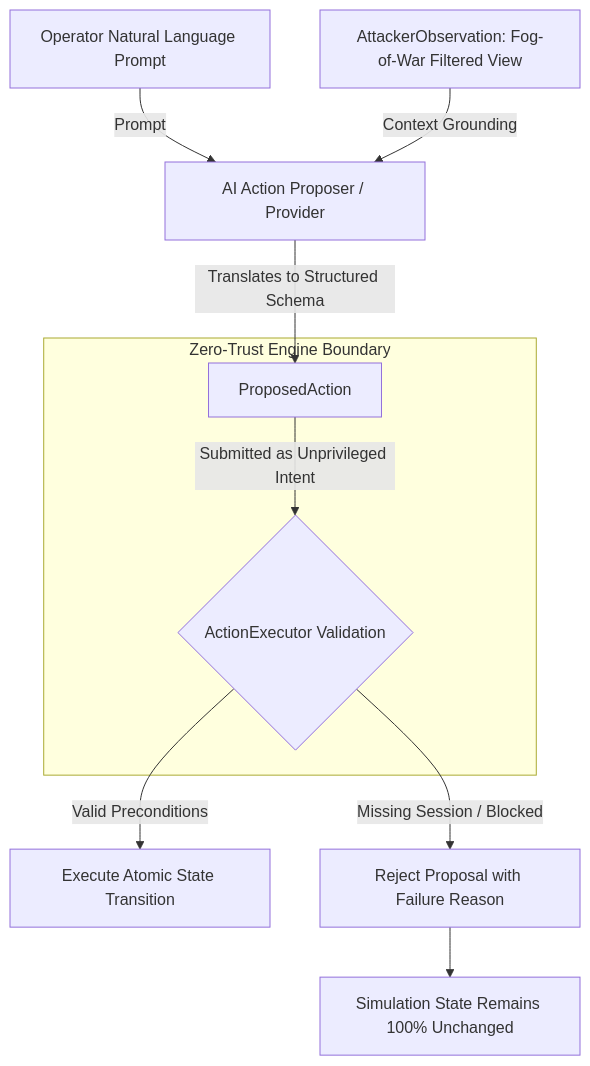
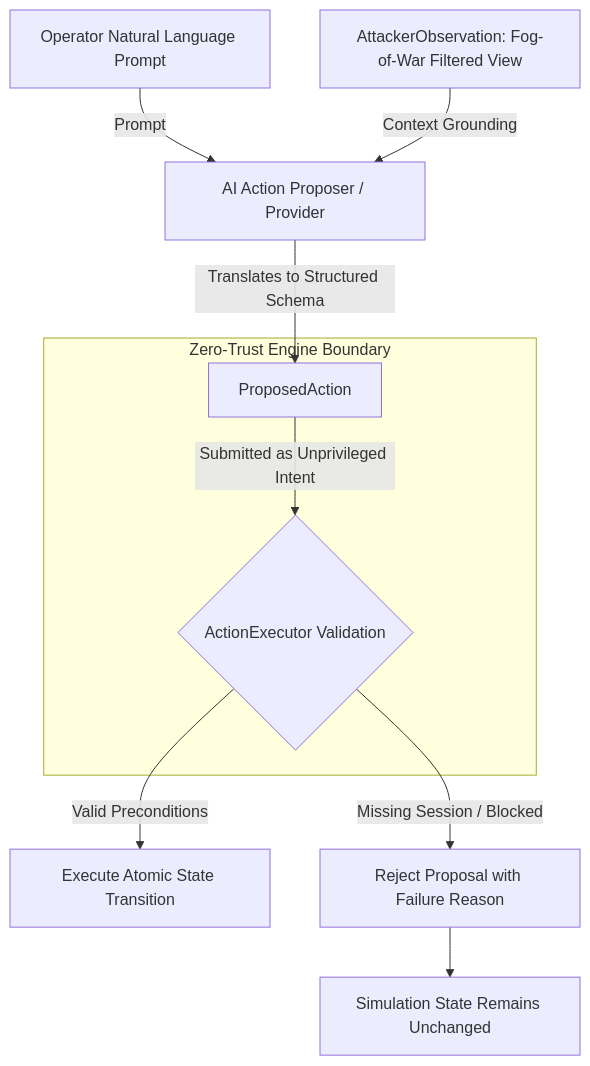
One commit to BrocodeADI/statecraft changed the sixth of 7 diagrams in README.md. Above: the diagram before and after it, drawn with Mermaid. The commit also changed other lines of this file and 3 other files, not shown here.

````diff
--- a/README.md
+++ b/README.md
@@ -266,14 +271,14 @@
 ```mermaid
 flowchart TD
     USER[Operator Natural Language Prompt] -->|Prompt| LLM[AI Action Proposer / Provider]
     OBS[AttackerObservation: Fog-of-War Filtered View] -->|Context Grounding| LLM
     LLM -->|Translates to Structured Schema| PROP[ProposedAction]
     
     subgraph Boundary Gate [Zero-Trust Engine Boundary]
         PROP -->|Submitted as Unprivileged Intent| GATE{ActionExecutor Validation}
     end
     
     GATE -- Valid Preconditions --> EXEC[Execute Atomic State Transition]
     GATE -- Missing Session / Blocked --> REJ[Reject Proposal with Failure Reason]
-    REJ --> UNCHANGED[Simulation State Remains 100% Unchanged]
+    REJ --> UNCHANGED[Simulation State Remains Unchanged]
 ```
````
